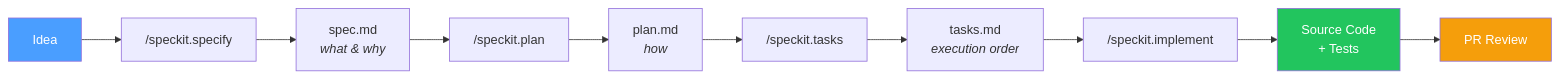
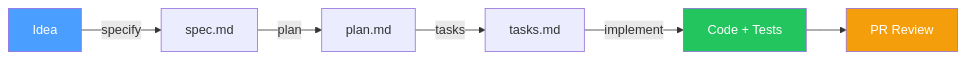
The first of 2 diagrams in _posts/2026-03-17-spec-kit-scaffolding-with-ai-coding-assistants.md (sriaradhyula/sriaradhyula.github.io), drawn with Mermaid before and after one commit. The commit also changed other lines of this file and 14 other files, not shown here.

````diff
--- a/_posts/2026-03-17-spec-kit-scaffolding-with-ai-coding-assistants.md
+++ b/_posts/2026-03-17-spec-kit-scaffolding-with-ai-coding-assistants.md
@@ -43,16 +43,12 @@
 ```mermaid
 flowchart LR
-    A["Idea"] --> B["/speckit.specify"]
-    B --> C["spec.md<br/><i>what & why</i>"]
-    C --> D["/speckit.plan"]
-    D --> E["plan.md<br/><i>how</i>"]
-    E --> F["/speckit.tasks"]
-    F --> G["tasks.md<br/><i>execution order</i>"]
-    G --> H["/speckit.implement"]
-    H --> I["Source Code<br/>+ Tests"]
-    I --> J["PR Review"]
+    A["Idea"] -- specify --> B["spec.md"]
+    B -- plan --> C["plan.md"]
+    C -- tasks --> D["tasks.md"]
+    D -- implement --> E["Code + Tests"]
+    E --> F["PR Review"]
 
     style A fill:#4a9eff,color:#fff
-    style I fill:#22c55e,color:#fff
-    style J fill:#f59e0b,color:#fff
+    style E fill:#22c55e,color:#fff
+    style F fill:#f59e0b,color:#fff
 ```
````
